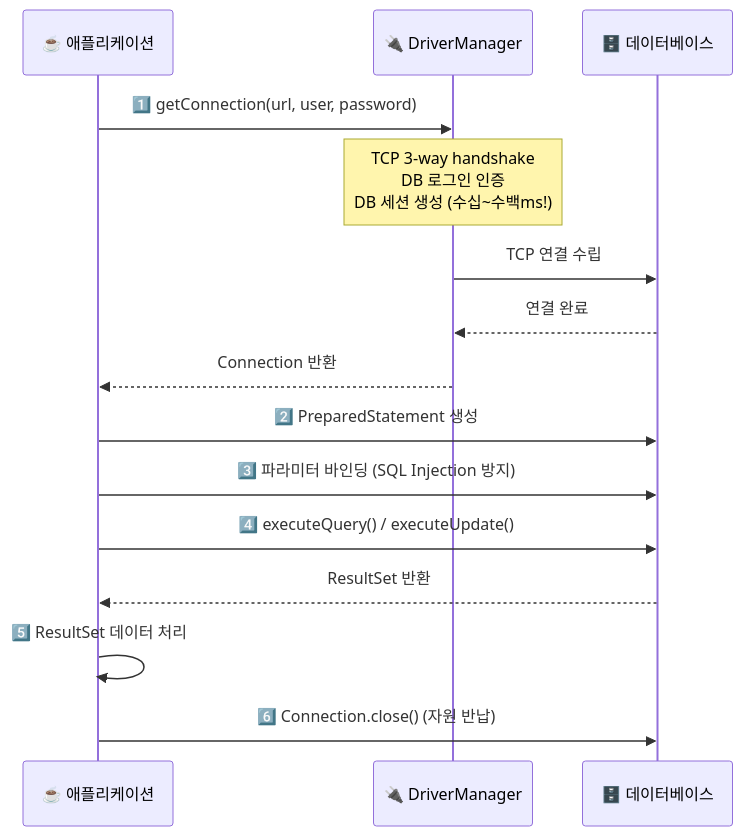
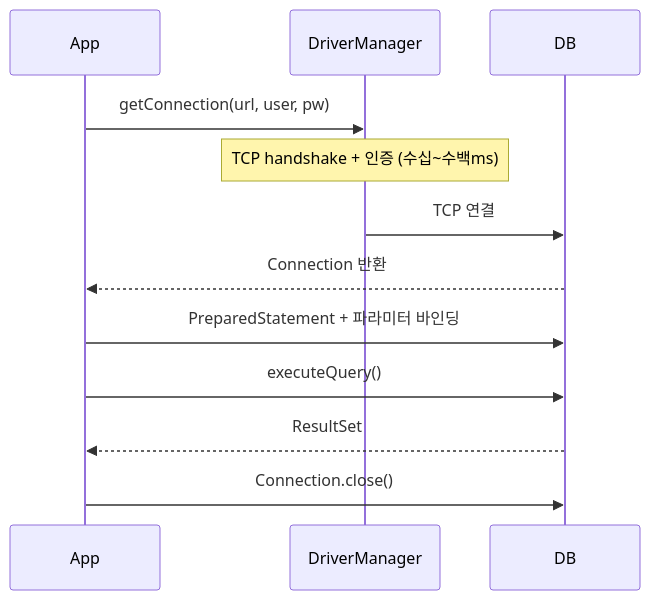
One commit to yjkim2015/yjkim2015.github.io changed the first of 11 diagrams in _posts/spring/2026-05-02-spring-db-1.md. Above: the diagram before and after it, drawn with Mermaid. The commit also changed other lines of this file and 215 other files, not shown here.

First line of the commit message:
신규 포스트 10개 추가 + Mermaid 전면 축소 + SystemDesign 시리즈 보강

````diff
--- a/_posts/spring/2026-05-02-spring-db-1.md
+++ b/_posts/spring/2026-05-02-spring-db-1.md
@@ -26,20 +26,14 @@
 ```mermaid
 sequenceDiagram
-    participant App as ☕ 애플리케이션
-    participant DM as 🔌 DriverManager
-    participant DB as 🗄️ 데이터베이스
-
-    App->>DM: 1️⃣ getConnection(url, user, password)
-    Note over DM: TCP 3-way handshake<br>DB 로그인 인증<br>DB 세션 생성 (수십~수백ms!)
-    DM->>DB: TCP 연결 수립
-    DB-->>DM: 연결 완료
-    DM-->>App: Connection 반환
-
-    App->>DB: 2️⃣ PreparedStatement 생성
-    App->>DB: 3️⃣ 파라미터 바인딩 (SQL Injection 방지)
-    App->>DB: 4️⃣ executeQuery() / executeUpdate()
-    DB-->>App: ResultSet 반환
-
-    App->>App: 5️⃣ ResultSet 데이터 처리
-    App->>DB: 6️⃣ Connection.close() (자원 반납)
+    participant App
+    participant DM as DriverManager
+    participant DB
+    App->>DM: getConnection(url, user, pw)
+    Note over DM: TCP handshake + 인증 (수십~수백ms)
+    DM->>DB: TCP 연결
+    DB-->>App: Connection 반환
+    App->>DB: PreparedStatement + 파라미터 바인딩
+    App->>DB: executeQuery()
+    DB-->>App: ResultSet
+    App->>DB: Connection.close()
 ```
````
